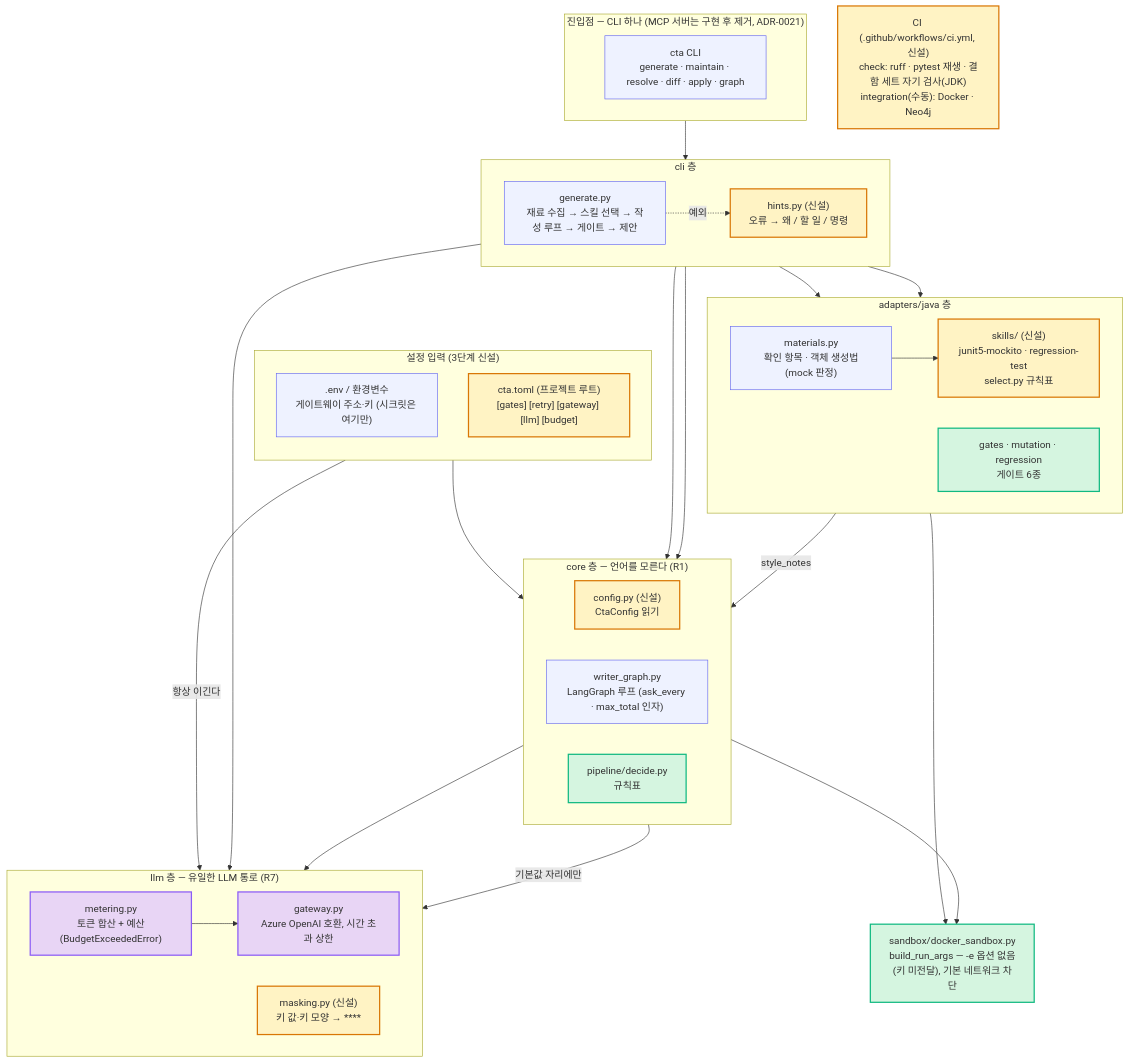
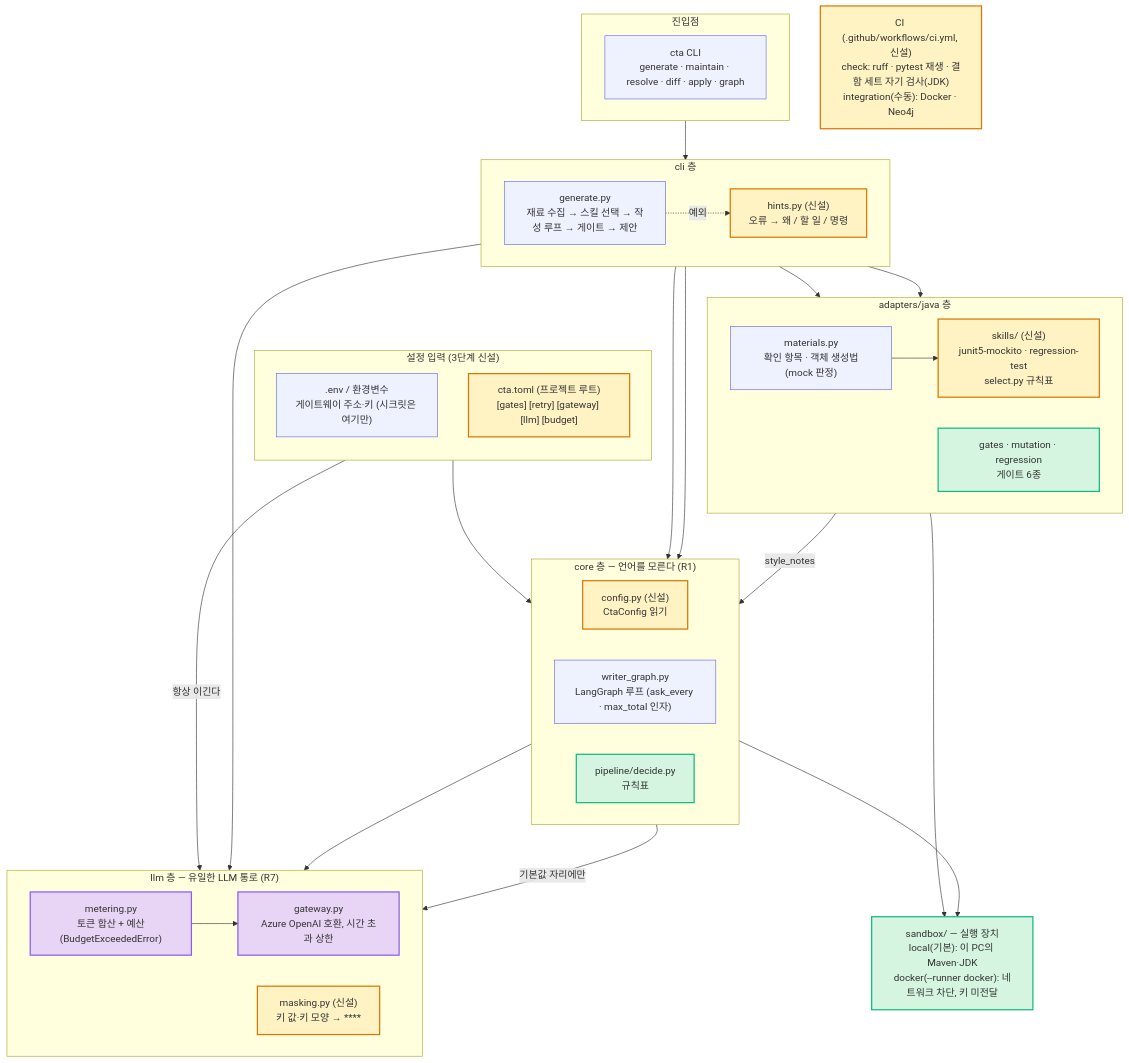
One commit to parksanghyeop/skax-master-project changed the diagram in docs/제출자료/diagrams/e2e-architecture.mmd. Above: the diagram before and after it, drawn with Mermaid. The commit also changed 21 other files, not shown here.

First line of the commit message:
산출물·E2E 기록 — 로컬 실행 기본 반영, 최종보고에 스킬 절 추가, 다이어그램 7종 재렌더

```diff
--- a/docs/제출자료/diagrams/e2e-architecture.mmd
+++ b/docs/제출자료/diagrams/e2e-architecture.mmd
@@ -1,66 +1,66 @@
 flowchart TB
-    subgraph ENTRY["진입점 — CLI 하나 (MCP 서버는 구현 후 제거, ADR-0021)"]
+    subgraph ENTRY["진입점"]
         direction LR
         CLI["cta CLI<br/>generate · maintain · resolve · diff · apply · graph"]
     end
 
     subgraph CFG["설정 입력 (3단계 신설)"]
         direction TB
         ENV[".env / 환경변수<br/>게이트웨이 주소·키 (시크릿은 여기만)"]
         TOML["cta.toml (프로젝트 루트)<br/>[gates] [retry] [gateway] [llm] [budget]"]
     end
 
     subgraph CLIL["cli 층"]
         direction LR
         GEN["generate.py<br/>재료 수집 → 스킬 선택 → 작성 루프 → 게이트 → 제안"]
         HINT["hints.py (신설)<br/>오류 → 왜 / 할 일 / 명령"]
     end
 
     subgraph ADP["adapters/java 층"]
         direction LR
         MAT["materials.py<br/>확인 항목 · 객체 생성법(mock 판정)"]
         SK["skills/ (신설)<br/>junit5-mockito · regression-test<br/>select.py 규칙표"]
         GATES["gates · mutation · regression<br/>게이트 6종"]
     end
 
     subgraph CORE["core 층 — 언어를 모른다 (R1)"]
         direction LR
         CONF["config.py (신설)<br/>CtaConfig 읽기"]
         WG["writer_graph.py<br/>LangGraph 루프 (ask_every · max_total 인자)"]
         RULES["pipeline/decide.py<br/>규칙표"]
     end
 
     subgraph LLML["llm 층 — 유일한 LLM 통로 (R7)"]
         direction LR
         MET["metering.py<br/>토큰 합산 + 예산(BudgetExceededError)"]
         MASK["masking.py (신설)<br/>키 값·키 모양 → ****"]
         GW["gateway.py<br/>Azure OpenAI 호환, 시간 초과 상한"]
     end
 
-    SBX["sandbox/docker_sandbox.py<br/>build_run_args — -e 옵션 없음(키 미전달), 기본 네트워크 차단"]
+    SBX["sandbox/ — 실행 장치<br/>local(기본): 이 PC의 Maven·JDK<br/>docker(--runner docker): 네트워크 차단, 키 미전달"]
 
     CI["CI (.github/workflows/ci.yml, 신설)<br/>check: ruff · pytest 재생 · 결함 세트 자기 검사(JDK)<br/>integration(수동): Docker · Neo4j"]
 
     CLI --> GEN
     GEN --> MAT --> SK
     GEN --> CONF
     GEN --> WG
     GEN --> GATES
     TOML --> CONF
     CONF -->|"기본값 자리에만"| GW
     ENV -->|"항상 이긴다"| GW
     SK -->|"style_notes"| WG
     WG --> MET --> GW
     GATES --> SBX
     WG --> SBX
     HINT --> MASK
     GEN -. 예외 .-> HINT
 
     classDef new fill:#fff3c4,stroke:#d97706,stroke-width:2px
     classDef safe fill:#d5f5e0,stroke:#10b981,stroke-width:2px
     classDef llm fill:#e8d5f5,stroke:#8b5cf6,stroke-width:2px
     classDef plain fill:#eef2ff,stroke:#6366f1
     class TOML,HINT,SK,CONF,MASK,CI new
     class RULES,GATES,SBX safe
     class GW,MET llm
     class CLI,ENV,GEN,MAT,WG plain
```
